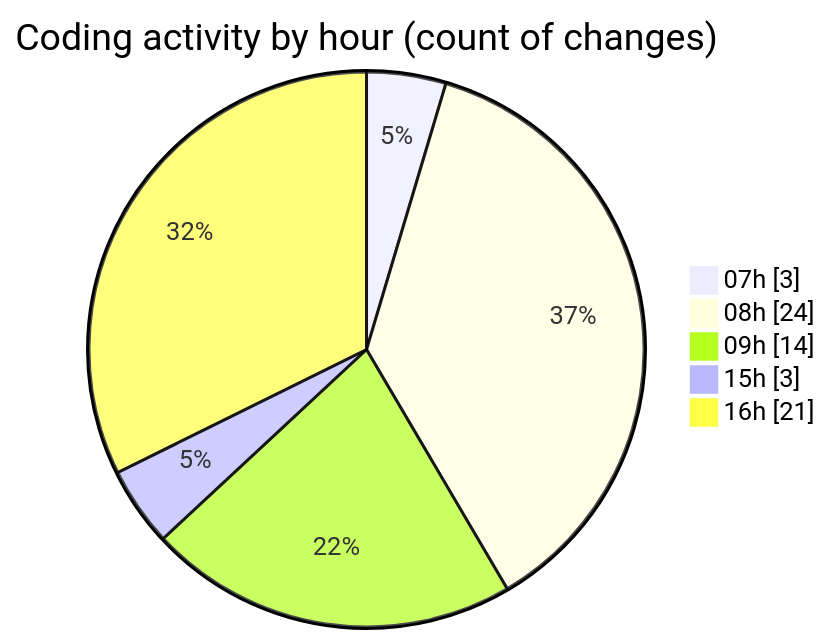
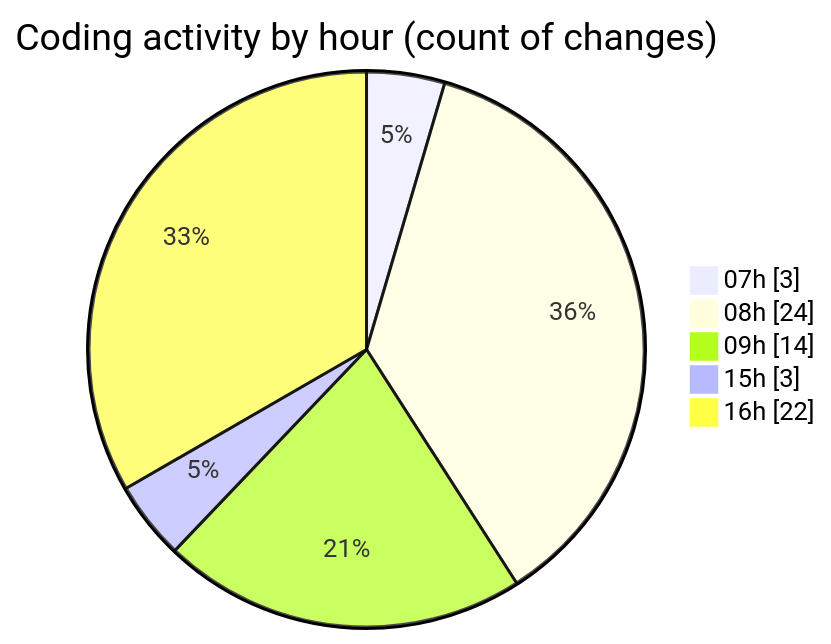
Before and after one commit to MatusMokan/code-tracking: the second of 2 diagrams in 2025-05-07/myws__workspace_/README.md, drawn with Mermaid. The commit also changed other lines of this file and 1 other file, not shown here.

````diff
--- a/2025-05-07/myws__workspace_/README.md
+++ b/2025-05-07/myws__workspace_/README.md
@@ -30,9 +30,9 @@
 ```mermaid
 pie showData
 title Coding activity by hour (count of changes)
 "07h" : 3
 "08h" : 24
 "09h" : 14
 "15h" : 3
-"16h" : 21
+"16h" : 22
 ```
````
